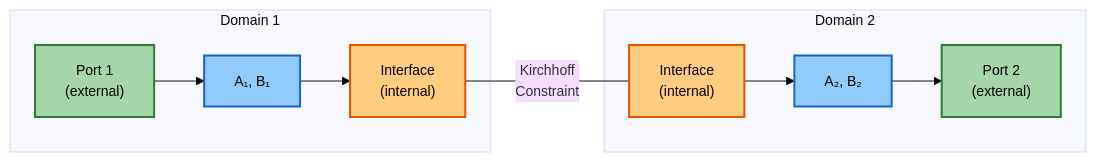
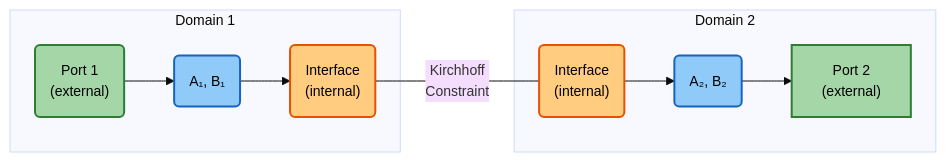
The second of 3 diagrams in docs/theory.md (Dark-Elektron/cavsim3d), drawn with Mermaid before and after one commit. The commit also changed other lines of this file and 1 other file, not shown here.

````diff
--- a/docs/theory.md
+++ b/docs/theory.md
@@ -401,19 +401,19 @@
 ```mermaid
 %%{init: {'theme': 'base', 'themeVariables': {'fontSize': '14px'}}}%%
 graph LR
     subgraph "Domain 1"
-        P1["Port 1<br/>(external)"]:::ext --> A1["A₁, B₁"]:::solver
-        A1 --> I1["Interface<br/>(internal)"]:::internal
+        P1("Port 1<br/>(external)"):::ext --> A1("A₁, B₁"):::solver
+        A1 --> I1("Interface<br/>(internal)"):::internal
     end
 
     subgraph "Domain 2"
-        I2["Interface<br/>(internal)"]:::internal --> A2["A₂, B₂"]:::solver
+        I2("Interface<br/>(internal)"):::internal --> A2("A₂, B₂"):::solver
         A2 --> P2["Port 2<br/>(external)"]:::ext
     end
 
     I1 ---|"Kirchhoff<br/>Constraint"| I2
 
     classDef ext fill:#a5d6a7,stroke:#2e7d32,stroke-width:2px,color:#000
     classDef solver fill:#90caf9,stroke:#1565c0,stroke-width:2px,color:#000
     classDef internal fill:#ffcc80,stroke:#e65100,stroke-width:2px,color:#000
 ```
````
